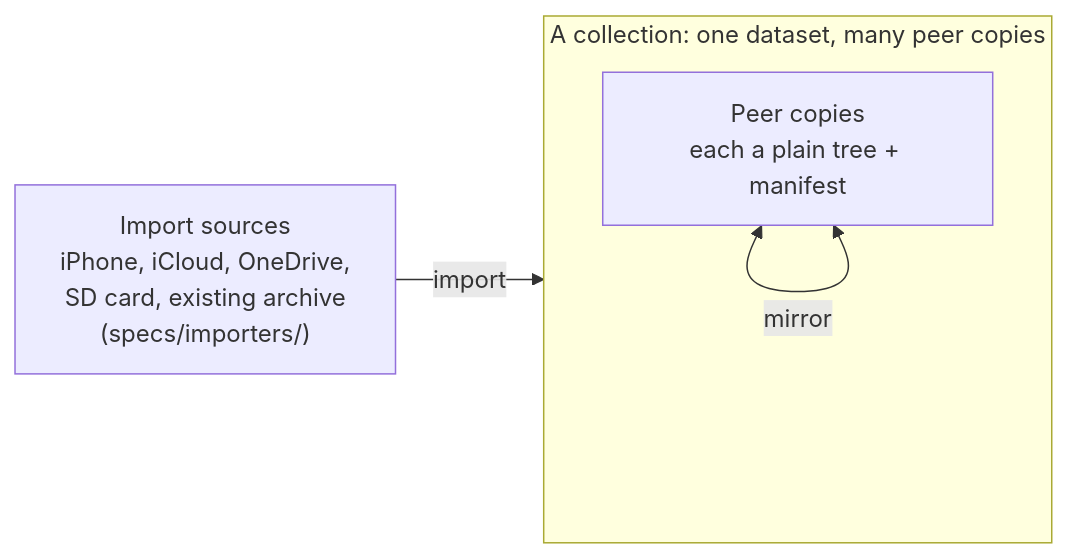
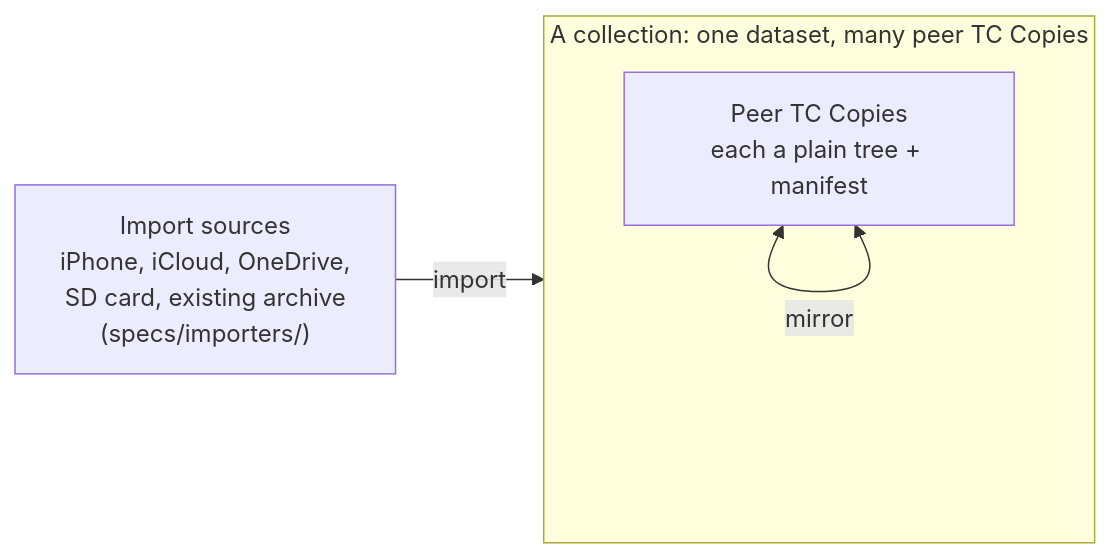
One commit to NikoAri/turbo-collection changed the diagram in specs/turbo-collection-spec.md. Above: the diagram before and after it, drawn with Mermaid. The commit also changed other lines of this file and 112 other files, not shown here.

````diff
--- a/specs/turbo-collection-spec.md
+++ b/specs/turbo-collection-spec.md
@@ -35,11 +35,11 @@
 ```mermaid
 flowchart LR
     IN["Import sources<br/>iPhone, iCloud, OneDrive,<br/>SD card, existing archive<br/>(specs/importers/)"]
 
-    subgraph COLL["A collection: one dataset, many peer copies"]
-        C["Peer copies<br/>each a plain tree + manifest"]
+    subgraph COLL["A collection: one dataset, many peer TC Copies"]
+        C["Peer TC Copies<br/>each a plain tree + manifest"]
         C <-->|mirror| C
     end
 
     IN -->|import| COLL
 ```
````
